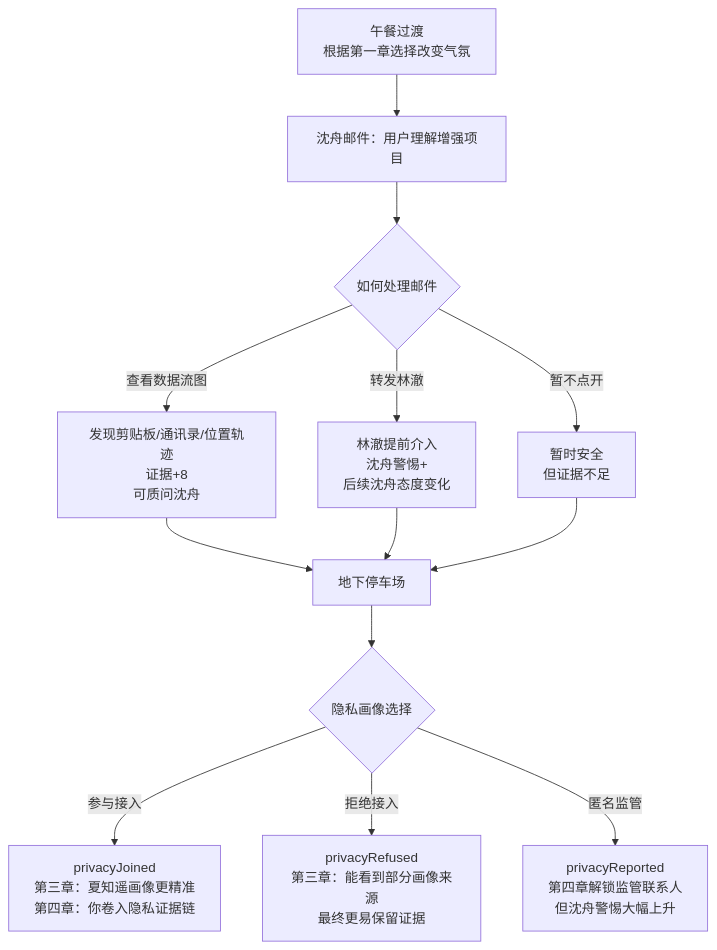
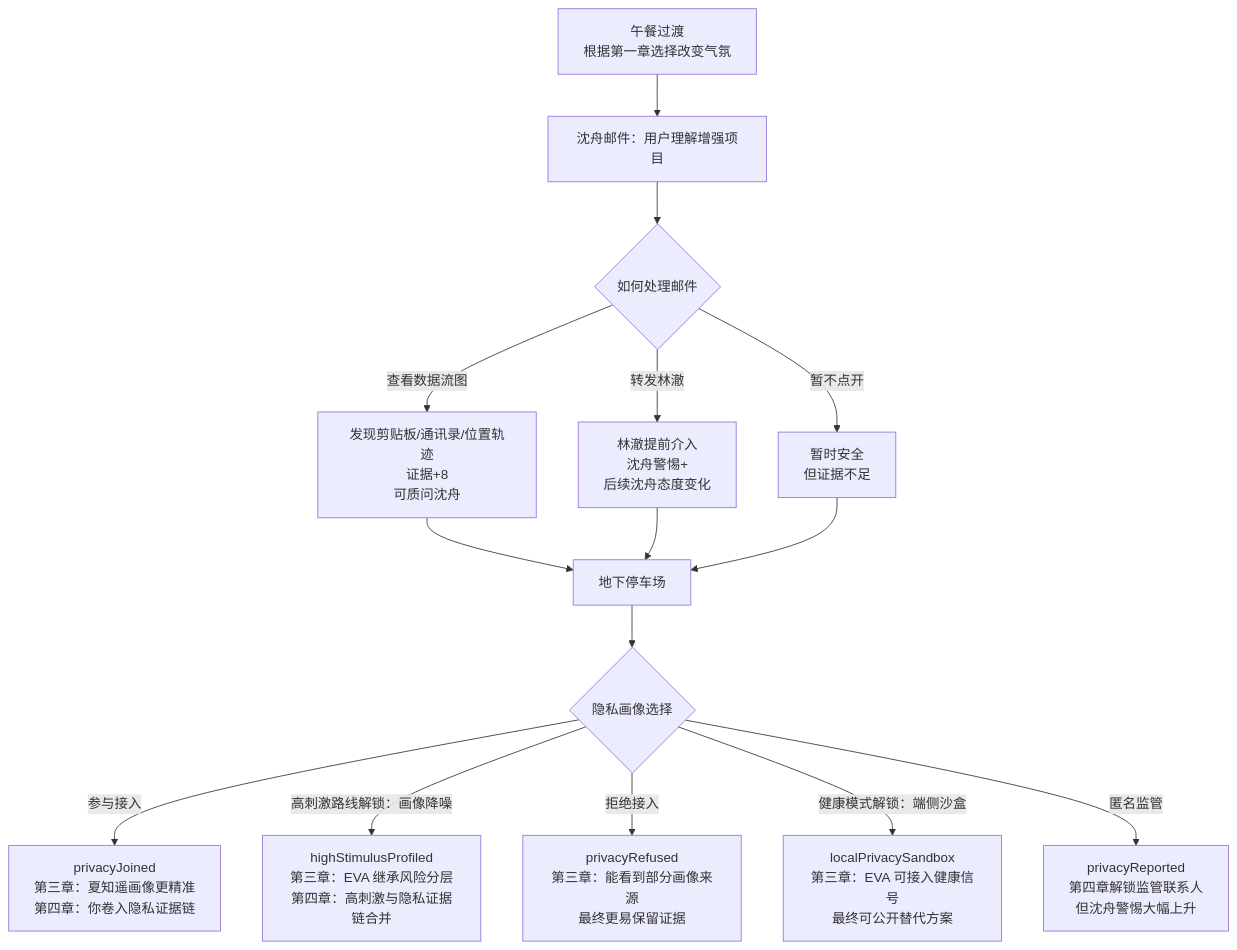
The third of 5 diagrams in BRANCH_FLOW.md (xhy0405/NovaMind-), drawn with Mermaid before and after one commit. The commit also changed other lines of this file and 2 other files, not shown here.

````diff
--- a/BRANCH_FLOW.md
+++ b/BRANCH_FLOW.md
@@ -106,18 +118,20 @@
 ```mermaid
 flowchart TD
   B0["午餐过渡<br/>根据第一章选择改变气氛"] --> B1["沈舟邮件：用户理解增强项目"]
   B1 --> B2{"如何处理邮件"}
 
   B2 -->|查看数据流图| B3["发现剪贴板/通讯录/位置轨迹<br/>证据+8<br/>可质问沈舟"]
   B2 -->|转发林澈| B4["林澈提前介入<br/>沈舟警惕+<br/>后续沈舟态度变化"]
   B2 -->|暂不点开| B5["暂时安全<br/>但证据不足"]
 
   B3 --> B6["地下停车场"]
   B4 --> B6
   B5 --> B6
 
   B6 --> B7{"隐私画像选择"}
   B7 -->|参与接入| B8["privacyJoined<br/>第三章：夏知遥画像更精准<br/>第四章：你卷入隐私证据链"]
+  B7 -->|高刺激路线解锁：画像降噪| B11["highStimulusProfiled<br/>第三章：EVA 继承风险分层<br/>第四章：高刺激与隐私证据链合并"]
   B7 -->|拒绝接入| B9["privacyRefused<br/>第三章：能看到部分画像来源<br/>最终更易保留证据"]
+  B7 -->|健康模式解锁：端侧沙盒| B12["localPrivacySandbox<br/>第三章：EVA 可接入健康信号<br/>最终可公开替代方案"]
   B7 -->|匿名监管| B10["privacyReported<br/>第四章解锁监管联系人<br/>但沈舟警惕大幅上升"]
 ```
````
